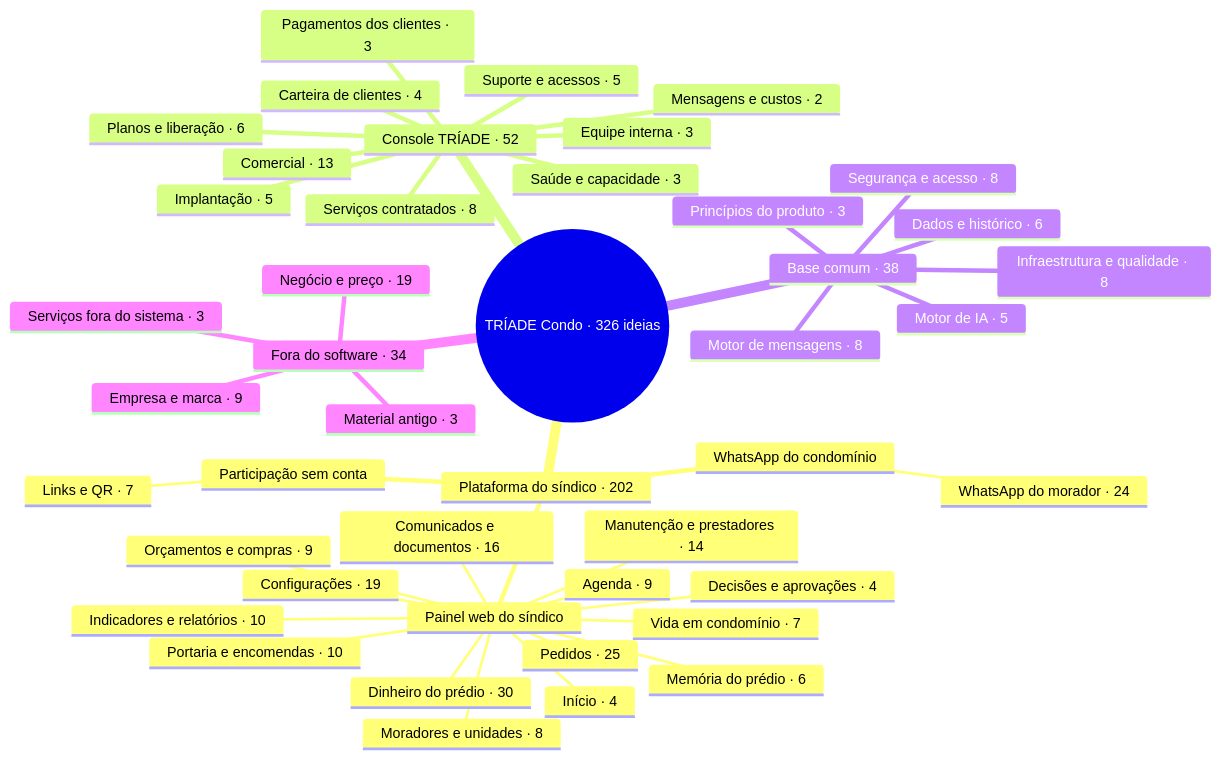
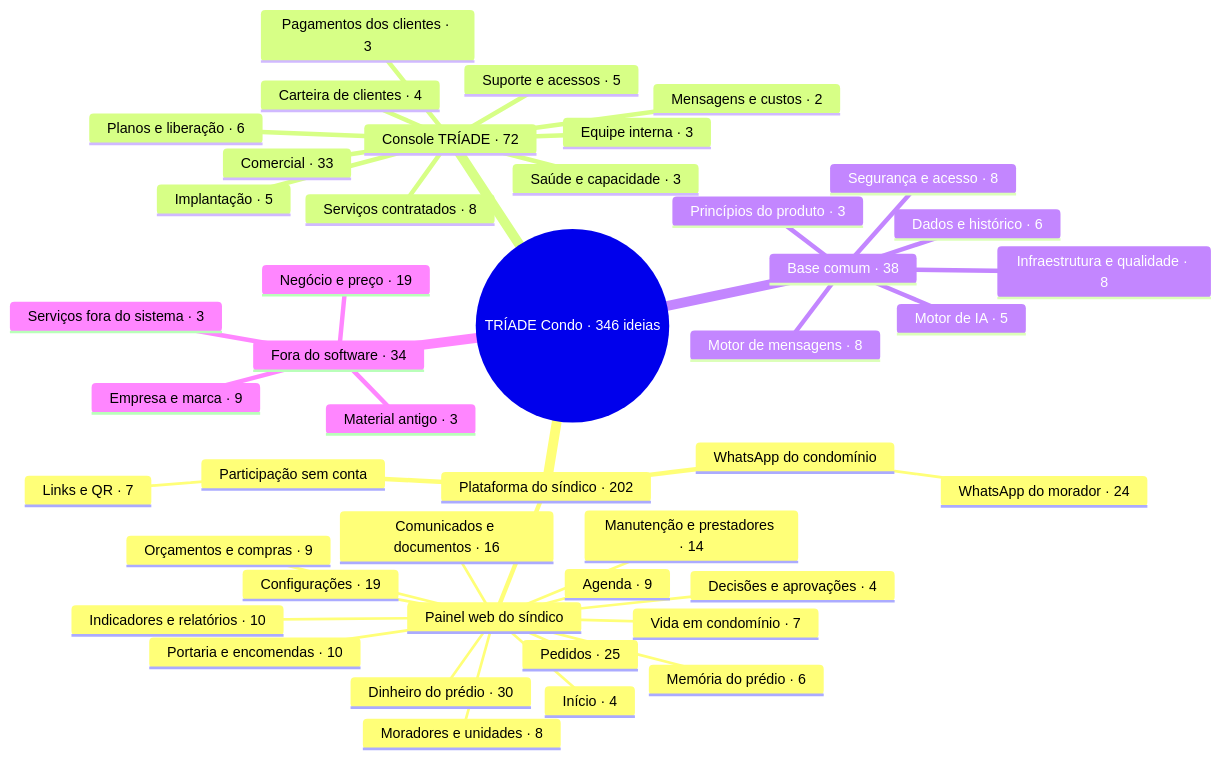
One commit to triade-prog/triade-condo changed the diagram in triade-condo/MAPA.md. Above: the diagram before and after it, drawn with Mermaid. The commit also changed other lines of this file and 5 other files, not shown here.

First line of the commit message:
Comercial: ideias CM-14 a CM-33, ajustes e partes R17.6 e R17.7

````diff
--- a/triade-condo/MAPA.md
+++ b/triade-condo/MAPA.md
@@ -20,47 +20,47 @@
 ```mermaid
 mindmap
-  root((TRÍADE Condo · 326 ideias))
+  root((TRÍADE Condo · 346 ideias))
     Plataforma do síndico · 202
       Painel web do síndico
         Início · 4
         Pedidos · 25
         Decisões e aprovações · 4
         Moradores e unidades · 8
         Comunicados e documentos · 16
         Manutenção e prestadores · 14
         Agenda · 9
         Orçamentos e compras · 9
         Dinheiro do prédio · 30
         Portaria e encomendas · 10
         Vida em condomínio · 7
         Indicadores e relatórios · 10
         Memória do prédio · 6
         Configurações · 19
       WhatsApp do condomínio
         WhatsApp do morador · 24
       Participação sem conta
         Links e QR · 7
-    Console TRÍADE · 52
+    Console TRÍADE · 72
       Carteira de clientes · 4
       Implantação · 5
       Planos e liberação · 6
       Pagamentos dos clientes · 3
       Suporte e acessos · 5
       Serviços contratados · 8
       Equipe interna · 3
       Saúde e capacidade · 3
       Mensagens e custos · 2
-      Comercial · 13
+      Comercial · 33
     Base comum · 38
       Segurança e acesso · 8
       Dados e histórico · 6
       Motor de mensagens · 8
       Infraestrutura e qualidade · 8
       Princípios do produto · 3
       Motor de IA · 5
     Fora do software · 34
       Serviços fora do sistema · 3
       Negócio e preço · 19
       Empresa e marca · 9
       Material antigo · 3
 ```
````
